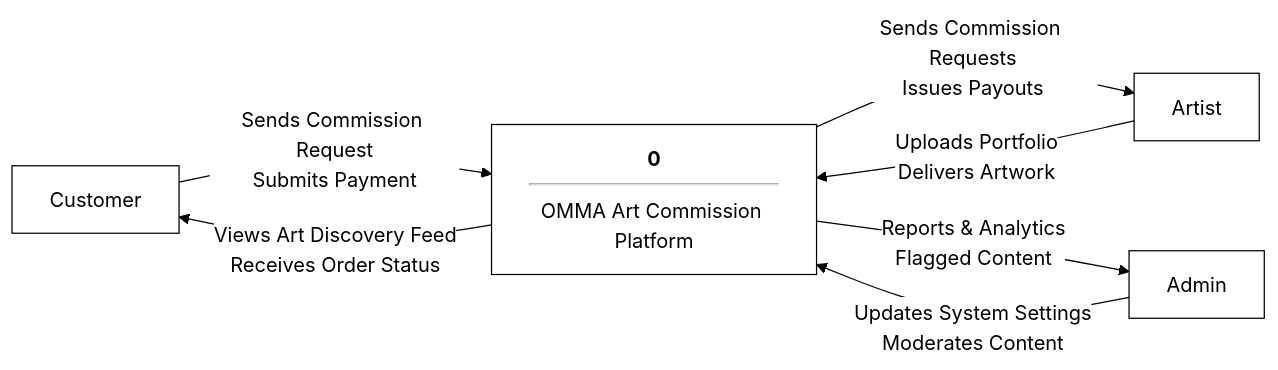
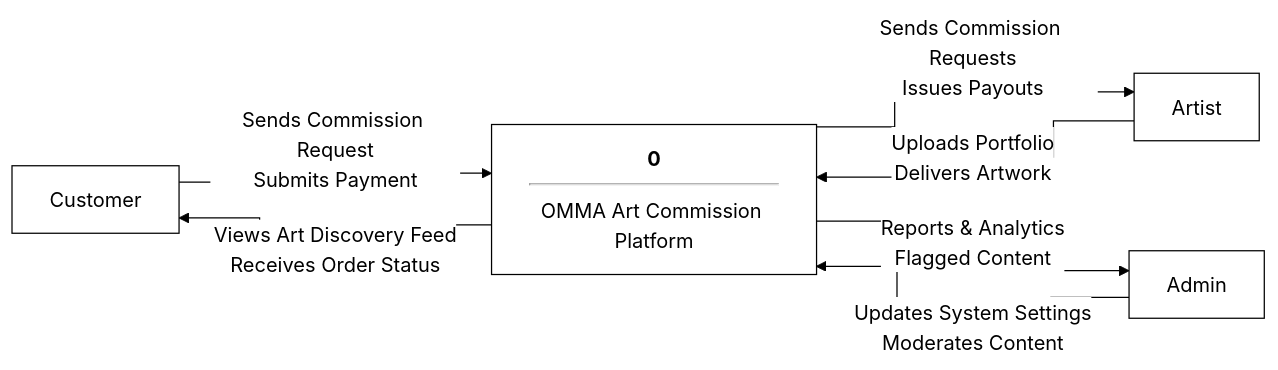
The first of 3 diagrams in README.md (binssente-crypto/DFD), drawn with Mermaid before and after one commit. The commit also changed other lines of this file, not shown here.

Commit message:
Update flowcharts to use L-straight lines (step curve)

````diff
--- a/README.md
+++ b/README.md
@@ -8,18 +8,18 @@
 ```mermaid
-%%{init: { 'theme': 'base', 'themeVariables': { 'primaryColor': '#ffffff', 'primaryBorderColor': '#000000', 'primaryTextColor': '#000000', 'lineColor': '#000000', 'background': '#ffffff' } }}%%
+%%{init: { 'flowchart': { 'curve': 'step' }, 'theme': 'base', 'themeVariables': { 'primaryColor': '#ffffff', 'primaryBorderColor': '#000000', 'primaryTextColor': '#000000', 'lineColor': '#000000', 'background': '#ffffff' } }}%%
 graph LR
     Customer[Customer]
     Admin[Admin]
     Artist[Artist]
     
     P0["<b>0</b><hr/>OMMA Art Commission Platform"]
     
     Customer -- "Sends Commission Request<br/>Submits Payment" --> P0
     P0 -- "Views Art Discovery Feed<br/>Receives Order Status" --> Customer
     
     Artist -- "Uploads Portfolio<br/>Delivers Artwork" --> P0
     P0 -- "Sends Commission Requests<br/>Issues Payouts" --> Artist
     
     Admin -- "Updates System Settings<br/>Moderates Content" --> P0
     P0 -- "Reports & Analytics<br/>Flagged Content" --> Admin
 ```
````
